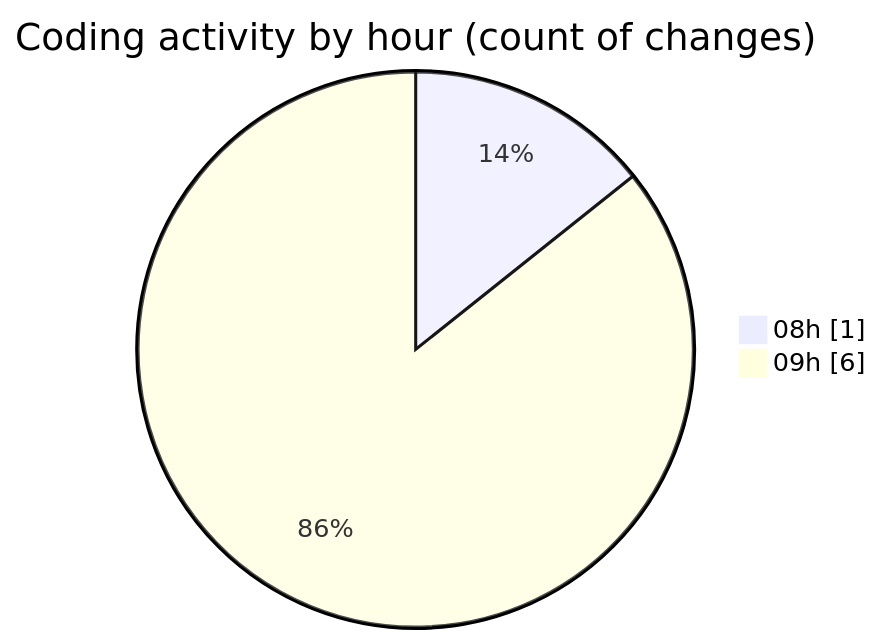
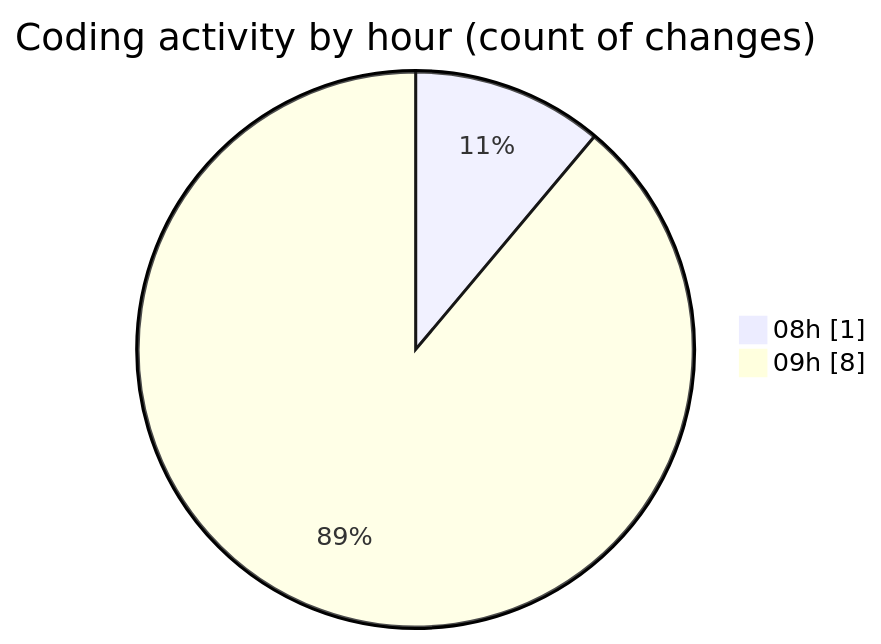
The second of 2 diagrams in 2025-03-26/new-app/README.md (BS-eng2023/code-tracking), drawn with Mermaid before and after one commit. The commit also changed other lines of this file and 1 other file, not shown here.

````diff
--- a/2025-03-26/new-app/README.md
+++ b/2025-03-26/new-app/README.md
@@ -31,6 +32,6 @@
 ```mermaid
 pie showData
 title Coding activity by hour (count of changes)
 "08h" : 1
-"09h" : 6
+"09h" : 8
 ```
````
